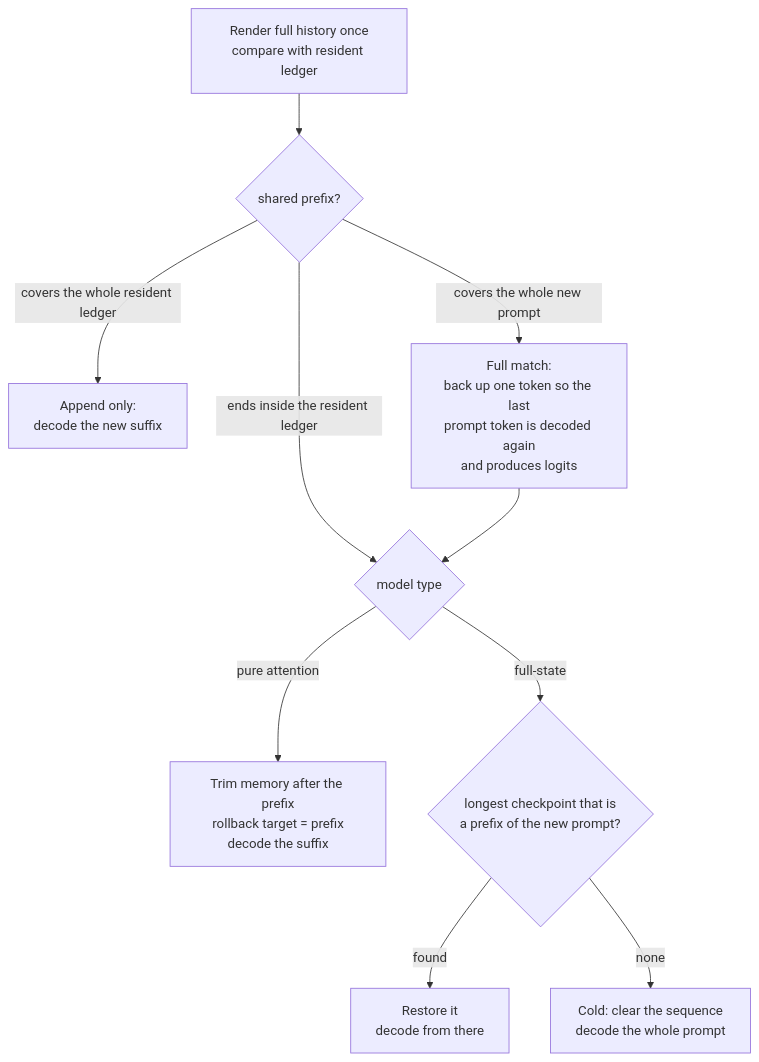
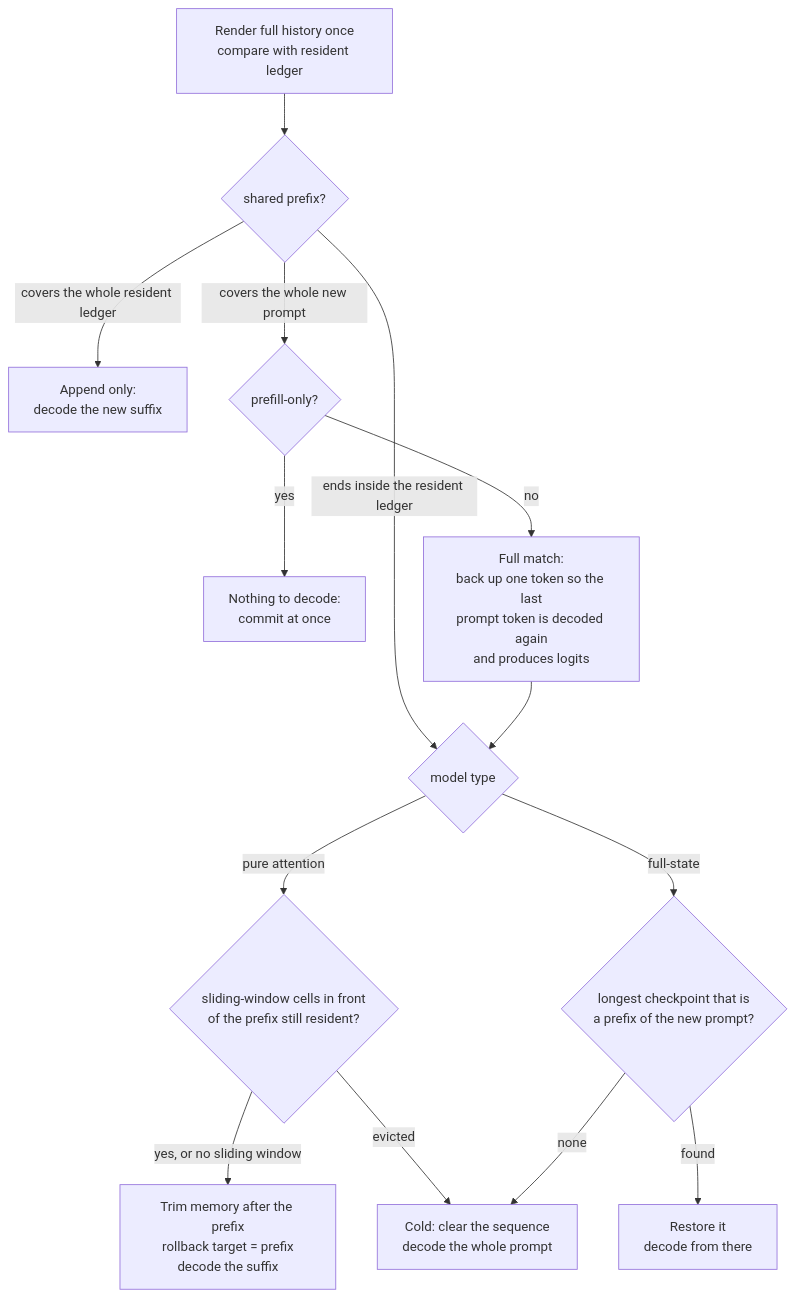
The third of 5 diagrams in packages/llm-llamacpp/docs/cache-lifecycle.md (tetherto/qvac), drawn with Mermaid before and after one commit. The commit also changed other lines of this file and 2 other files, not shown here.

````diff
--- a/packages/llm-llamacpp/docs/cache-lifecycle.md
+++ b/packages/llm-llamacpp/docs/cache-lifecycle.md
@@ -112,12 +112,16 @@
 ```mermaid
 flowchart TD
     A[Render full history once<br/>compare with resident ledger] --> B{shared prefix?}
     B -->|covers the whole resident ledger| C[Append only:<br/>decode the new suffix]
-    B -->|covers the whole new prompt| D[Full match:<br/>back up one token so the last<br/>prompt token is decoded again<br/>and produces logits]
+    B -->|covers the whole new prompt| P{prefill-only?}
+    P -->|yes| Q[Nothing to decode:<br/>commit at once]
+    P -->|no| D[Full match:<br/>back up one token so the last<br/>prompt token is decoded again<br/>and produces logits]
     B -->|ends inside the resident ledger| E{model type}
-    E -->|pure attention| F[Trim memory after the prefix<br/>rollback target = prefix<br/>decode the suffix]
+    E -->|pure attention| W{sliding-window cells in front<br/>of the prefix still resident?}
+    W -->|yes, or no sliding window| F[Trim memory after the prefix<br/>rollback target = prefix<br/>decode the suffix]
+    W -->|evicted| I
     E -->|full-state| G{longest checkpoint that is<br/>a prefix of the new prompt?}
     G -->|found| H[Restore it<br/>decode from there]
     G -->|none| I[Cold: clear the sequence<br/>decode the whole prompt]
     D --> E
 ```
````
